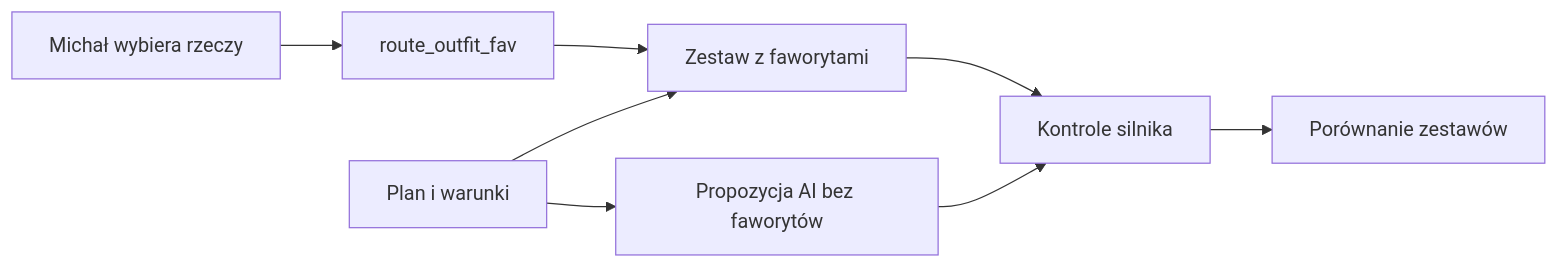
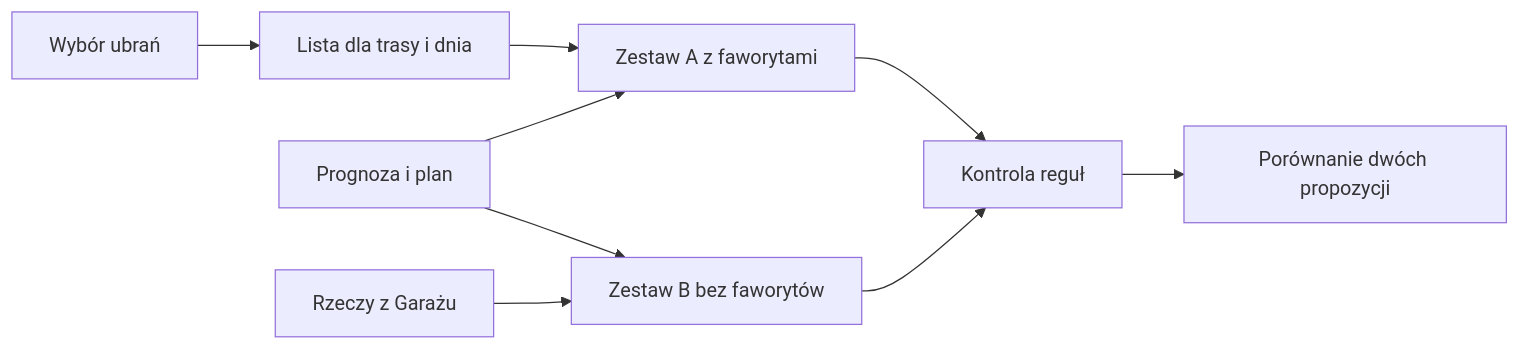
Before and after one commit to QbotMS/QbotQ: the diagram in docs/wiki/garaz/faworyci-ubioru.md, drawn with Mermaid. The commit also changed other lines of this file and 153 other files, not shown here.

````diff
--- a/docs/wiki/garaz/faworyci-ubioru.md
+++ b/docs/wiki/garaz/faworyci-ubioru.md
@@ -27,10 +39,11 @@
 ```mermaid
 flowchart LR
-  Wybor[Michał wybiera rzeczy] --> Zapis[route_outfit_fav]
-  Zapis --> A[Zestaw z faworytami]
-  Warunki[Plan i warunki] --> A
-  Warunki --> B[Propozycja AI bez faworytów]
-  A --> Kontrola[Kontrole silnika]
-  B --> Kontrola
-  Kontrola --> Widok[Porównanie zestawów]
+  Wybor[Wybór ubrań] --> Lista[Lista dla trasy i dnia]
+  Lista --> ZestawA[Zestaw A z faworytami]
+  Warunki[Prognoza i plan] --> ZestawA
+  Warunki --> ZestawB[Zestaw B bez faworytów]
+  Odziez[Rzeczy z Garażu] --> ZestawB
+  ZestawA --> Kontrola[Kontrola reguł]
+  ZestawB --> Kontrola
+  Kontrola --> Wynik[Porównanie dwóch propozycji]
 ```
````
